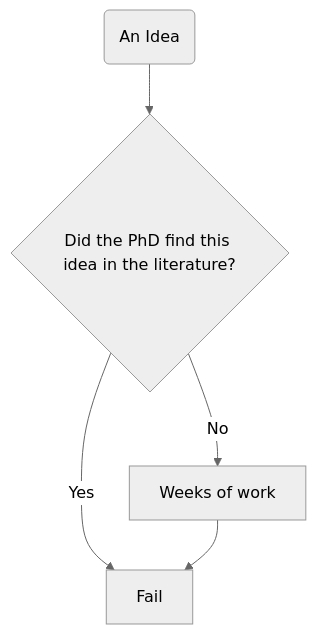
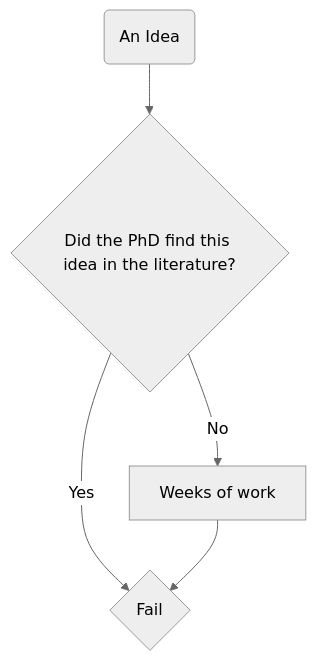
Before and after one commit to emptymalei/emptymalei.github.io: the diagram in _posts/misc/2016-11-14-phd-idea.md, drawn with Mermaid (neutral theme).

```diff
--- a/_posts/misc/2016-11-14-phd-idea.md
+++ b/_posts/misc/2016-11-14-phd-idea.md
@@ -17,7 +17,7 @@
 <div class="mermaid">
 graph TD;
     s1(An Idea)-->d1{Did the PhD find this idea in the literature?};
-	d1{Did the PhD find this idea in the literature?}-->|Yes|b1[Fail];
+	d1{Did the PhD find this idea in the literature?}-->|Yes|b1{Fail};
 	d1{Did the PhD find this idea in the literature?}-->|No|b2[Weeks of work];
-	b2[Weeks of work]-->b1[Fail];
+	b2[Weeks of work]-->b1{Fail};
 </div>
```
